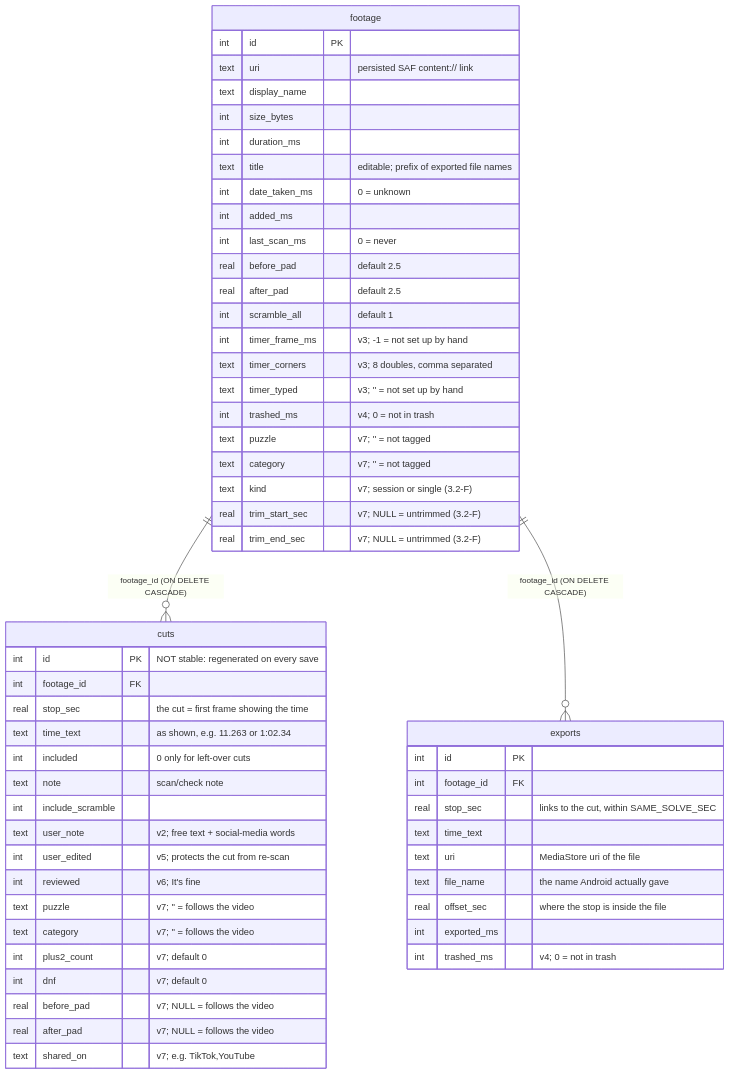
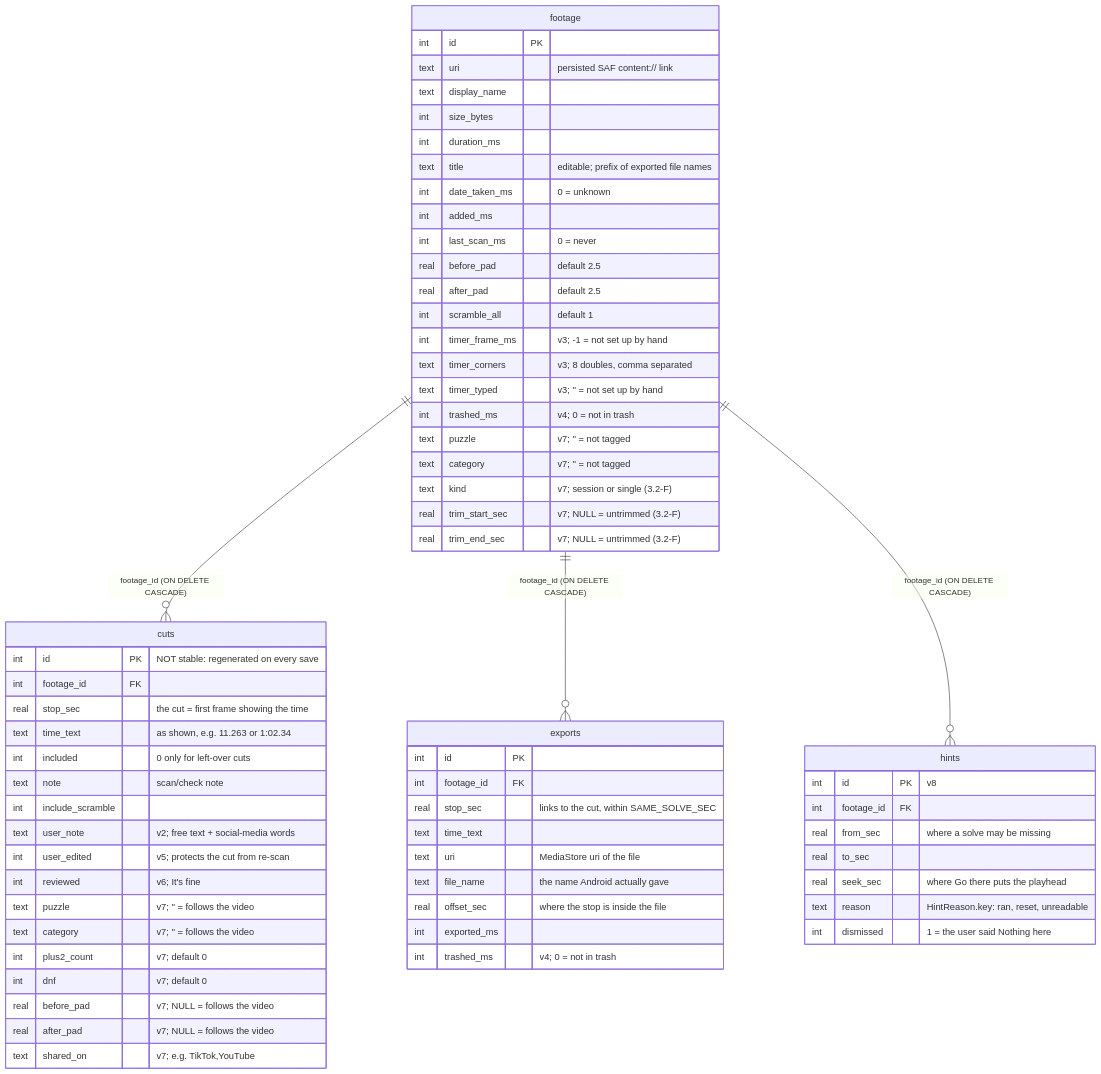
The diagram in docs/data-model.md (justinihil/CubeCut), drawn with Mermaid before and after one commit. The commit also changed other lines of this file and 18 other files, not shown here.

First line of the commit message:
feat(editor): hints where a solve may be missing (3.3-C)

````diff
--- a/docs/data-model.md
+++ b/docs/data-model.md
@@ -19,58 +19,68 @@
 ```mermaid
 erDiagram
   footage ||--o{ cuts : "footage_id (ON DELETE CASCADE)"
   footage ||--o{ exports : "footage_id (ON DELETE CASCADE)"
+  footage ||--o{ hints : "footage_id (ON DELETE CASCADE)"
   footage {
     int id PK
     text uri "persisted SAF content:// link"
     text display_name
     int size_bytes
     int duration_ms
     text title "editable; prefix of exported file names"
     int date_taken_ms "0 = unknown"
     int added_ms
     int last_scan_ms "0 = never"
     real before_pad "default 2.5"
     real after_pad "default 2.5"
     int scramble_all "default 1"
     int timer_frame_ms "v3; -1 = not set up by hand"
     text timer_corners "v3; 8 doubles, comma separated"
     text timer_typed "v3; '' = not set up by hand"
     int trashed_ms "v4; 0 = not in trash"
     text puzzle "v7; '' = not tagged"
     text category "v7; '' = not tagged"
     text kind "v7; session or single (3.2-F)"
     real trim_start_sec "v7; NULL = untrimmed (3.2-F)"
     real trim_end_sec "v7; NULL = untrimmed (3.2-F)"
   }
   cuts {
     int id PK "NOT stable: regenerated on every save"
     int footage_id FK
     real stop_sec "the cut = first frame showing the time"
     text time_text "as shown, e.g. 11.263 or 1:02.34"
     int included "0 only for left-over cuts"
     text note "scan/check note"
     int include_scramble
     text user_note "v2; free text + social-media words"
     int user_edited "v5; protects the cut from re-scan"
     int reviewed "v6; It's fine"
     text puzzle "v7; '' = follows the video"
     text category "v7; '' = follows the video"
     int plus2_count "v7; default 0"
     int dnf "v7; default 0"
     real before_pad "v7; NULL = follows the video"
     real after_pad "v7; NULL = follows the video"
     text shared_on "v7; e.g. TikTok,YouTube"
   }
   exports {
     int id PK
     int footage_id FK
     real stop_sec "links to the cut, within SAME_SOLVE_SEC"
     text time_text
     text uri "MediaStore uri of the file"
     text file_name "the name Android actually gave"
     real offset_sec "where the stop is inside the file"
     int exported_ms
     int trashed_ms "v4; 0 = not in trash"
   }
+  hints {
+    int id PK "v8"
+    int footage_id FK
+    real from_sec "where a solve may be missing"
+    real to_sec
+    real seek_sec "where Go there puts the playhead"
+    text reason "HintReason.key: ran, reset, unreadable"
+    int dismissed "1 = the user said Nothing here"
+  }
 ```
````
